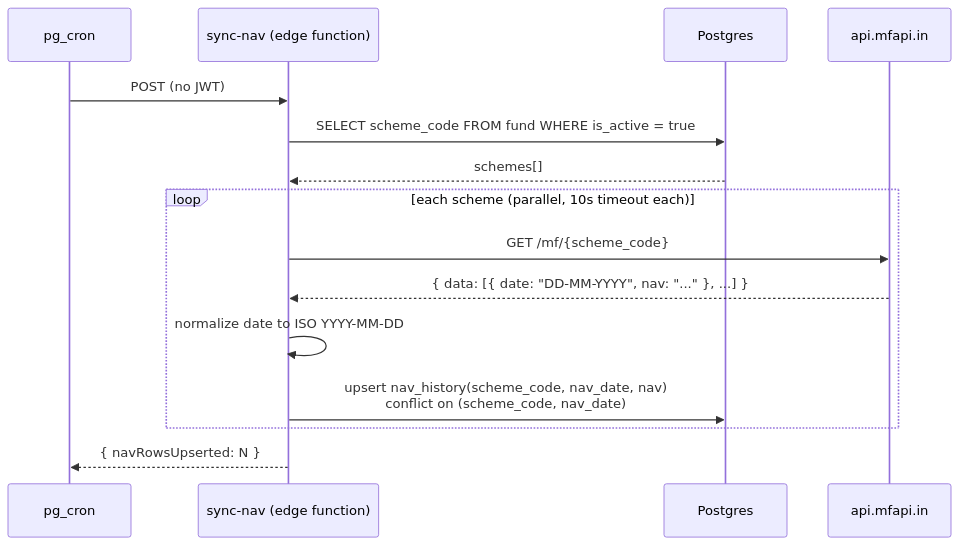
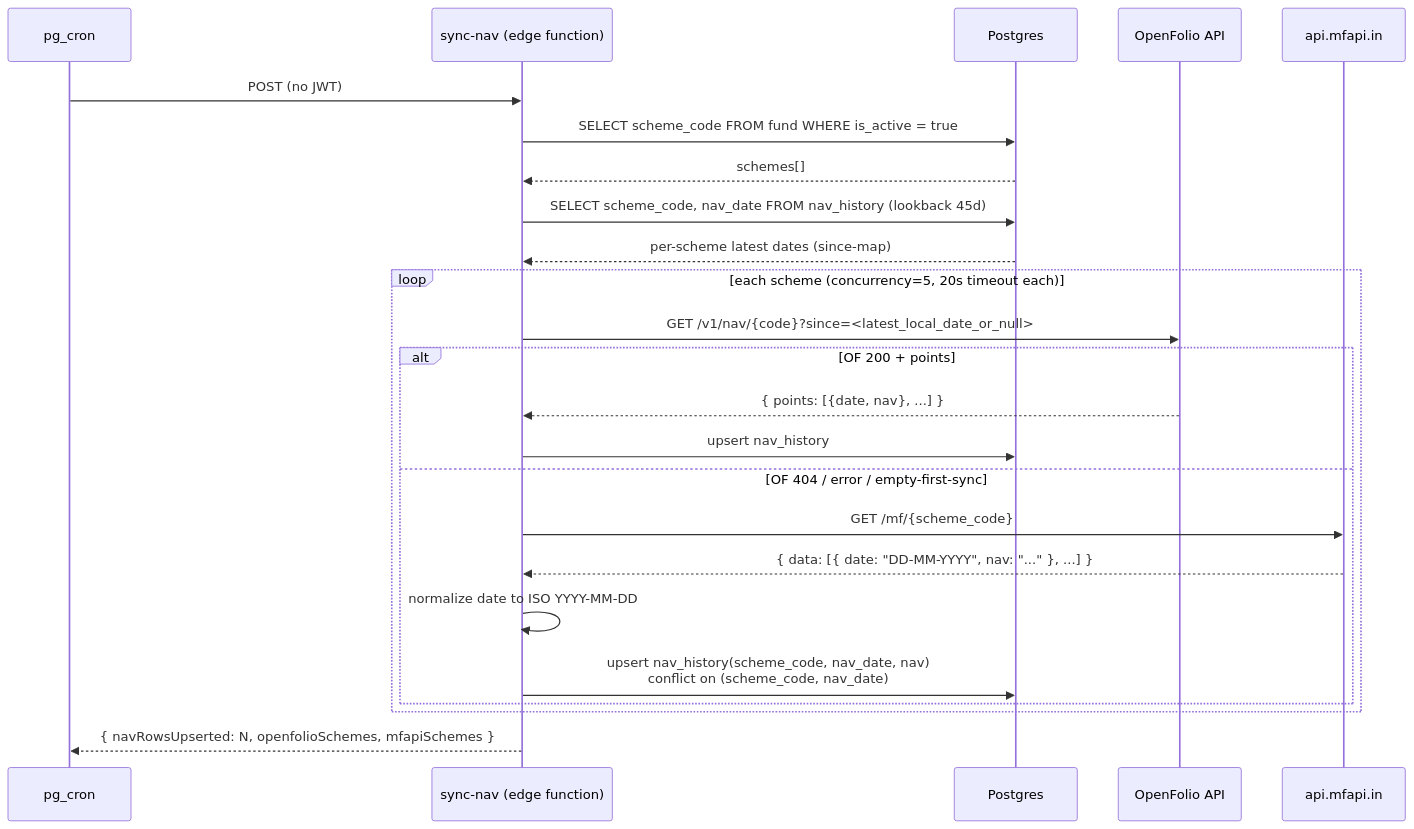
One commit to himanshu4141/FolioLens changed the third of 7 diagrams in docs/architecture/data-sync-pipeline.md. Above: the diagram before and after it, drawn with Mermaid. The commit also changed other lines of this file and 2 other files, not shown here.

First line of the commit message:
feat(fetch-fund-nav): OpenFolio-first NAV ladder mirrors sync-nav

````diff
--- a/docs/architecture/data-sync-pipeline.md
+++ b/docs/architecture/data-sync-pipeline.md
@@ -95,18 +95,27 @@
 ```mermaid
 sequenceDiagram
   participant Cron as pg_cron
   participant Fn as sync-nav (edge function)
   participant DB as Postgres
-  participant API as api.mfapi.in
+  participant OF as OpenFolio API
+  participant MFAPI as api.mfapi.in
 
   Cron->>Fn: POST (no JWT)
   Fn->>DB: SELECT scheme_code FROM fund WHERE is_active = true
   DB-->>Fn: schemes[]
-  loop each scheme (parallel, 10s timeout each)
-    Fn->>API: GET /mf/{scheme_code}
-    API-->>Fn: { data: [{ date: "DD-MM-YYYY", nav: "..." }, ...] }
-    Fn->>Fn: normalize date to ISO YYYY-MM-DD
-    Fn->>DB: upsert nav_history(scheme_code, nav_date, nav)<br/>conflict on (scheme_code, nav_date)
+  Fn->>DB: SELECT scheme_code, nav_date FROM nav_history (lookback 45d)
+  DB-->>Fn: per-scheme latest dates (since-map)
+  loop each scheme (concurrency=5, 20s timeout each)
+    Fn->>OF: GET /v1/nav/{code}?since=<latest_local_date_or_null>
+    alt OF 200 + points
+      OF-->>Fn: { points: [{date, nav}, ...] }
+      Fn->>DB: upsert nav_history
+    else OF 404 / error / empty-first-sync
+      Fn->>MFAPI: GET /mf/{scheme_code}
+      MFAPI-->>Fn: { data: [{ date: "DD-MM-YYYY", nav: "..." }, ...] }
+      Fn->>Fn: normalize date to ISO YYYY-MM-DD
+      Fn->>DB: upsert nav_history(scheme_code, nav_date, nav)<br/>conflict on (scheme_code, nav_date)
+    end
   end
-  Fn-->>Cron: { navRowsUpserted: N }
+  Fn-->>Cron: { navRowsUpserted: N, openfolioSchemes, mfapiSchemes }
 ```
````
